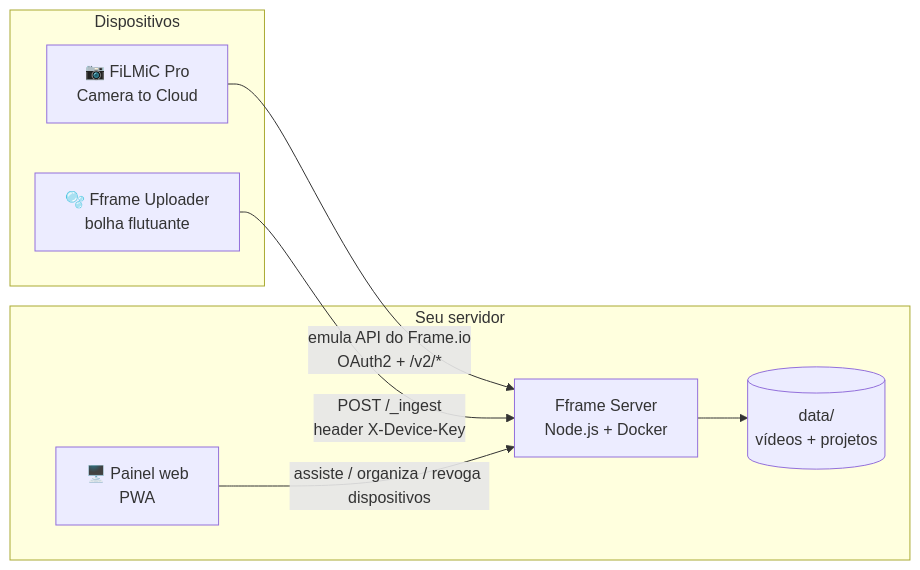
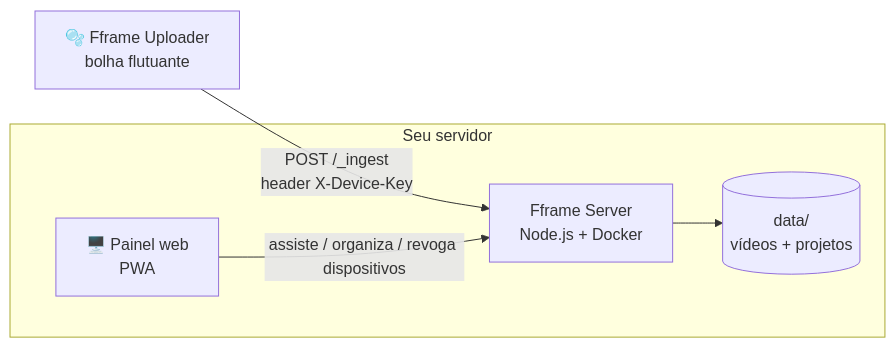
The diagram in README.md (cirokk/fframe), drawn with Mermaid before and after one commit. The commit also changed other lines of this file and 10 other files, not shown here.

````diff
--- a/README.md
+++ b/README.md
@@ -36,18 +36,14 @@
 ```mermaid
 flowchart LR
-    subgraph Dispositivos
-        A[📷 FiLMiC Pro<br/>Camera to Cloud]
-        B[🫧 Fframe Uploader<br/>bolha flutuante]
-    end
+    B[🫧 Fframe Uploader<br/>bolha flutuante]
 
     subgraph "Seu servidor"
         S[Fframe Server<br/>Node.js + Docker]
         D[(data/<br/>vídeos + projetos)]
         P[🖥️ Painel web<br/>PWA]
     end
 
-    A -- "emula API do Frame.io<br/>OAuth2 + /v2/*" --> S
     B -- "POST /_ingest<br/>header X-Device-Key" --> S
     S --> D
     P -- assiste / organiza / revoga dispositivos --> S
 ```
````
